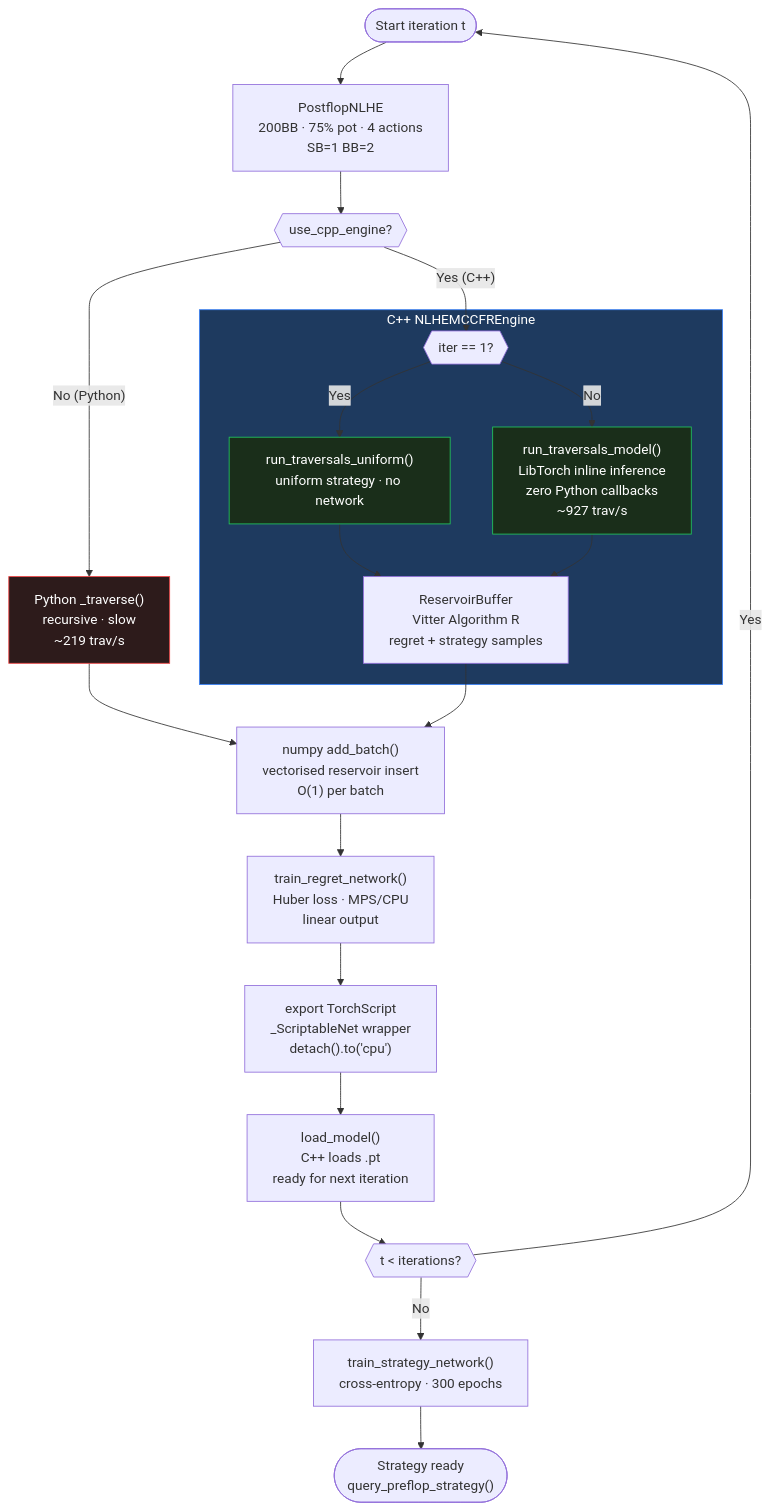
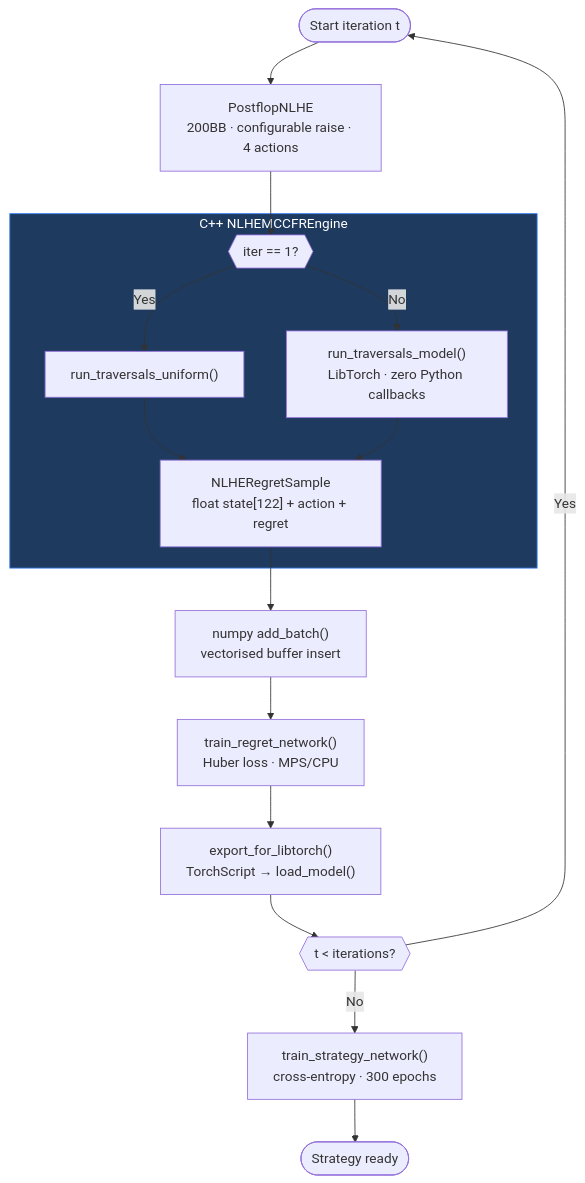
Before and after one commit to nyymuudi/imperfect-information-game: the diagram in README.md, drawn with Mermaid. The commit also changed other lines of this file and 11 other files, not shown here.

````diff
--- a/README.md
+++ b/README.md
@@ -44,38 +258,24 @@
 ```mermaid
 flowchart TD
     A(["Start iteration t"]) --> B
 
-    B["PostflopNLHE\n200BB · 75% pot · 4 actions\nSB=1 BB=2"]
-
-    B --> C{{"use_cpp_engine?"}}
-
-    C -- "No (Python)" --> D["Python _traverse()\nrecursive · slow\n~219 trav/s"]
-    C -- "Yes (C++)" --> E
+    B["PostflopNLHE\n200BB · configurable raise · 4 actions"]
+    B --> E
 
     subgraph CPP["C++ NLHEMCCFREngine"]
         E{{"iter == 1?"}}
-        E -- "Yes" --> F["run_traversals_uniform()\nuniform strategy · no network"]
-        E -- "No" --> G["run_traversals_model()\nLibTorch inline inference\nzero Python callbacks\n~927 trav/s"]
-        F & G --> H["ReservoirBuffer\nVitter Algorithm R\nregret + strategy samples"]
+        E -- "Yes" --> F["run_traversals_uniform()"]
+        E -- "No" --> G["run_traversals_model()\nLibTorch · zero Python callbacks"]
+        F & G --> H["NLHERegretSample\nfloat state[122] + action + regret"]
     end
 
-    D --> I
-    H --> I["numpy add_batch()\nvectorised reservoir insert\nO(1) per batch"]
-
-    I --> J["train_regret_network()\nHuber loss · MPS/CPU\nlinear output"]
-
-    J --> K["export TorchScript\n_ScriptableNet wrapper\ndetach().to('cpu')"]
-
-    K --> L["load_model()\nC++ loads .pt\nready for next iteration"]
-
-    L --> M{{"t < iterations?"}}
+    H --> I["numpy add_batch()\nvectorised buffer insert"]
+    I --> J["train_regret_network()\nHuber loss · MPS/CPU"]
+    J --> K["export_for_libtorch()\nTorchScript → load_model()"]
+    K --> M{{"t < iterations?"}}
     M -- "Yes" --> A
     M -- "No" --> N["train_strategy_network()\ncross-entropy · 300 epochs"]
-
-    N --> O(["Strategy ready\nquery_preflop_strategy()"])
+    N --> O(["Strategy ready"])
 
     style CPP fill:#1e3a5f,color:#fff,stroke:#3b82f6
-    style F fill:#1a2e1a,color:#fff,stroke:#22c55e
-    style G fill:#1a2e1a,color:#fff,stroke:#22c55e
-    style D fill:#2d1b1b,color:#fff,stroke:#ef4444
 ```
````
